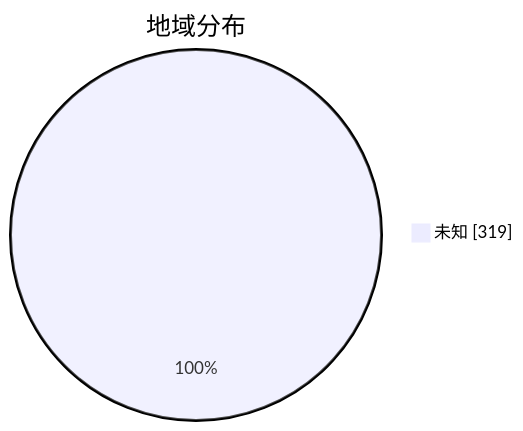
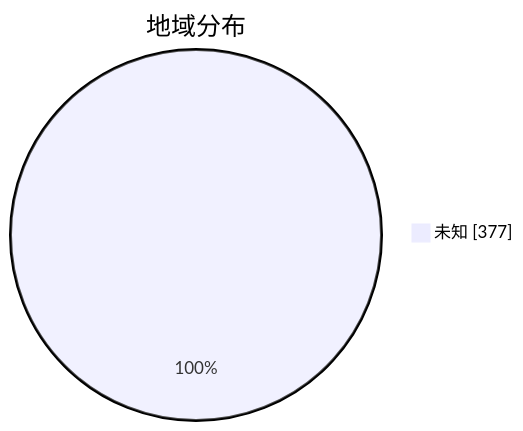
One commit to qjlxg/airport changed the second of 3 diagrams in subs/statistics/tested_within.md. Above: the diagram before and after it, drawn with Mermaid. The commit also changed other lines of this file and 2 other files, not shown here.

````diff
--- a/subs/statistics/tested_within.md
+++ b/subs/statistics/tested_within.md
@@ -12,5 +14,5 @@
 ```mermaid
 pie showData
 title 地域分布
-"未知" : 319
+"未知" : 377
 ```
````
